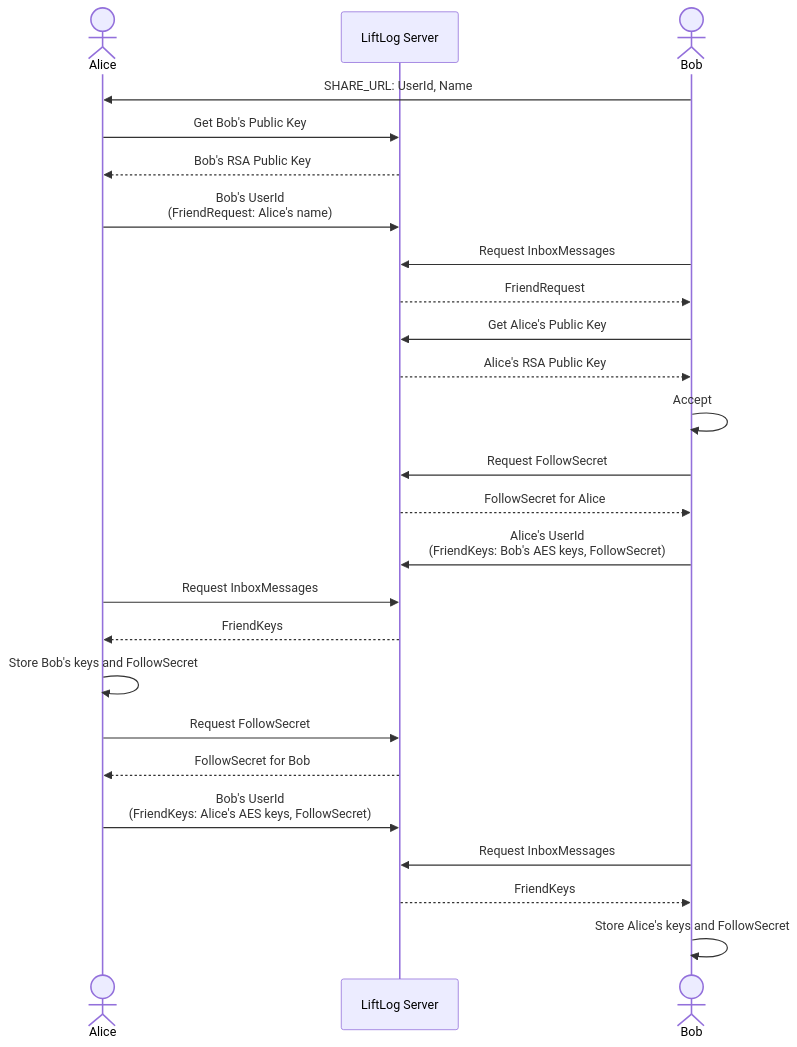
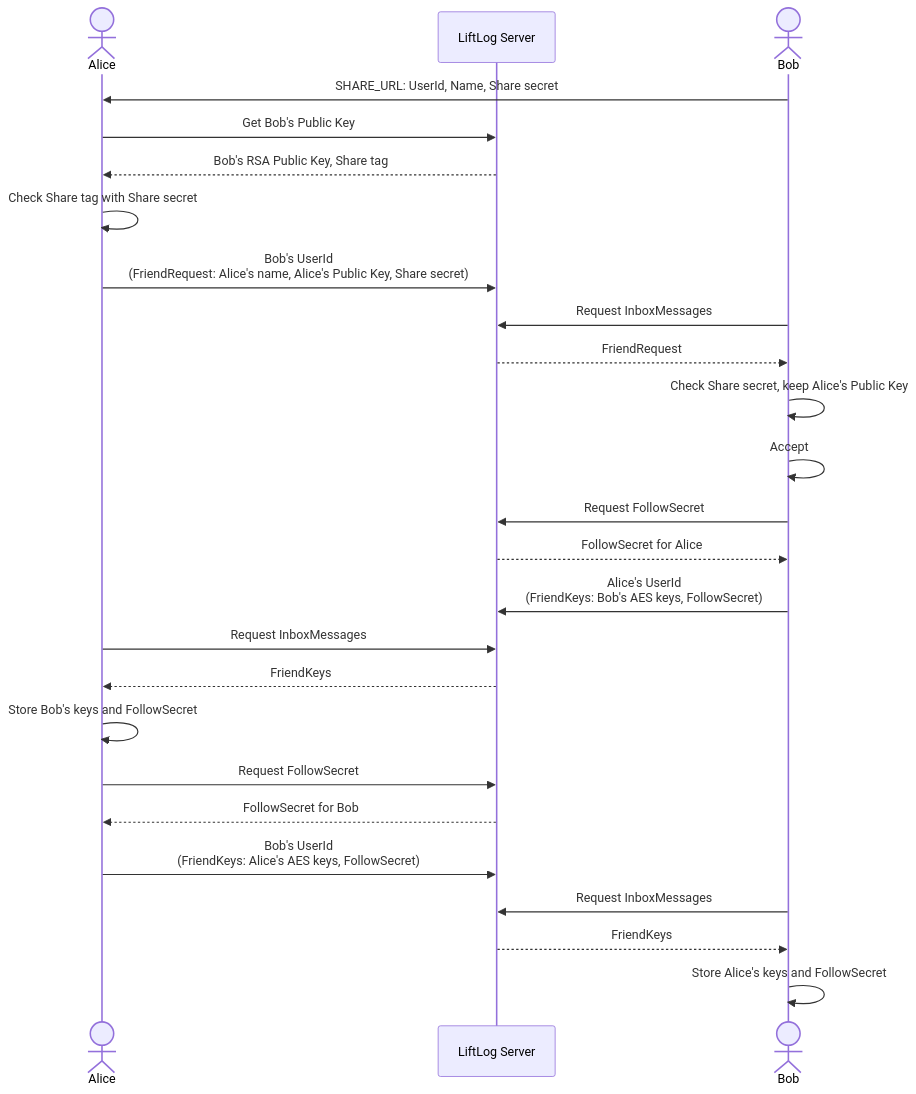
One commit to LiamMorrow/LiftLog changed the first of 2 diagrams in docs/FeedProcess.md. Above: the diagram before and after it, drawn with Mermaid. The commit also changed other lines of this file and 33 other files, not shown here.

````diff
--- a/docs/FeedProcess.md
+++ b/docs/FeedProcess.md
@@ -107,27 +134,27 @@
 ```mermaid
 sequenceDiagram
     actor Alice
     participant LiftLog as LiftLog Server
     actor Bob
-    Bob->>Alice: SHARE_URL: UserId, Name
+    Bob->>Alice: SHARE_URL: UserId, Name, Share secret
     Alice->>LiftLog: Get Bob's Public Key
-    LiftLog-->>Alice: Bob's RSA Public Key
-    Alice->>LiftLog: Bob's UserId<br/>(FriendRequest: Alice's name)
+    LiftLog-->>Alice: Bob's RSA Public Key, Share tag
+    Alice->>Alice: Check Share tag with Share secret
+    Alice->>LiftLog: Bob's UserId<br/>(FriendRequest: Alice's name, Alice's Public Key, Share secret)
     Bob->>LiftLog: Request InboxMessages
     LiftLog-->>Bob: FriendRequest
-    Bob->>LiftLog: Get Alice's Public Key
-    LiftLog-->>Bob: Alice's RSA Public Key
+    Bob->>Bob: Check Share secret, keep Alice's Public Key
     Bob->>Bob: Accept
     Bob->>LiftLog: Request FollowSecret
     LiftLog-->>Bob: FollowSecret for Alice
     Bob->>LiftLog: Alice's UserId<br/>(FriendKeys: Bob's AES keys, FollowSecret)
     Alice->>LiftLog: Request InboxMessages
     LiftLog-->>Alice: FriendKeys
     Alice->>Alice: Store Bob's keys and FollowSecret
     Alice->>LiftLog: Request FollowSecret
     LiftLog-->>Alice: FollowSecret for Bob
     Alice->>LiftLog: Bob's UserId<br/>(FriendKeys: Alice's AES keys, FollowSecret)
     Bob->>LiftLog: Request InboxMessages
     LiftLog-->>Bob: FriendKeys
     Bob->>Bob: Store Alice's keys and FollowSecret
 ```
````
